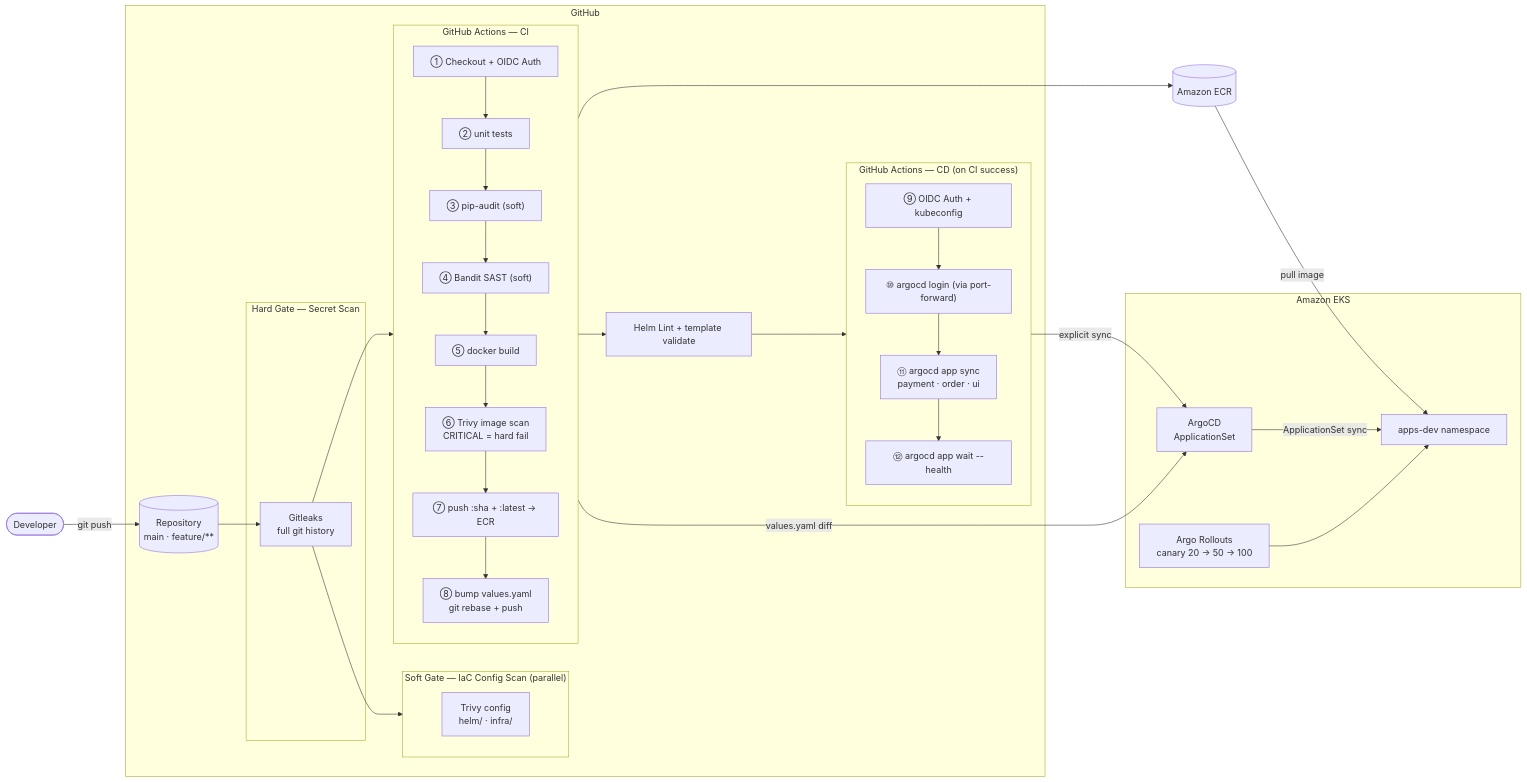
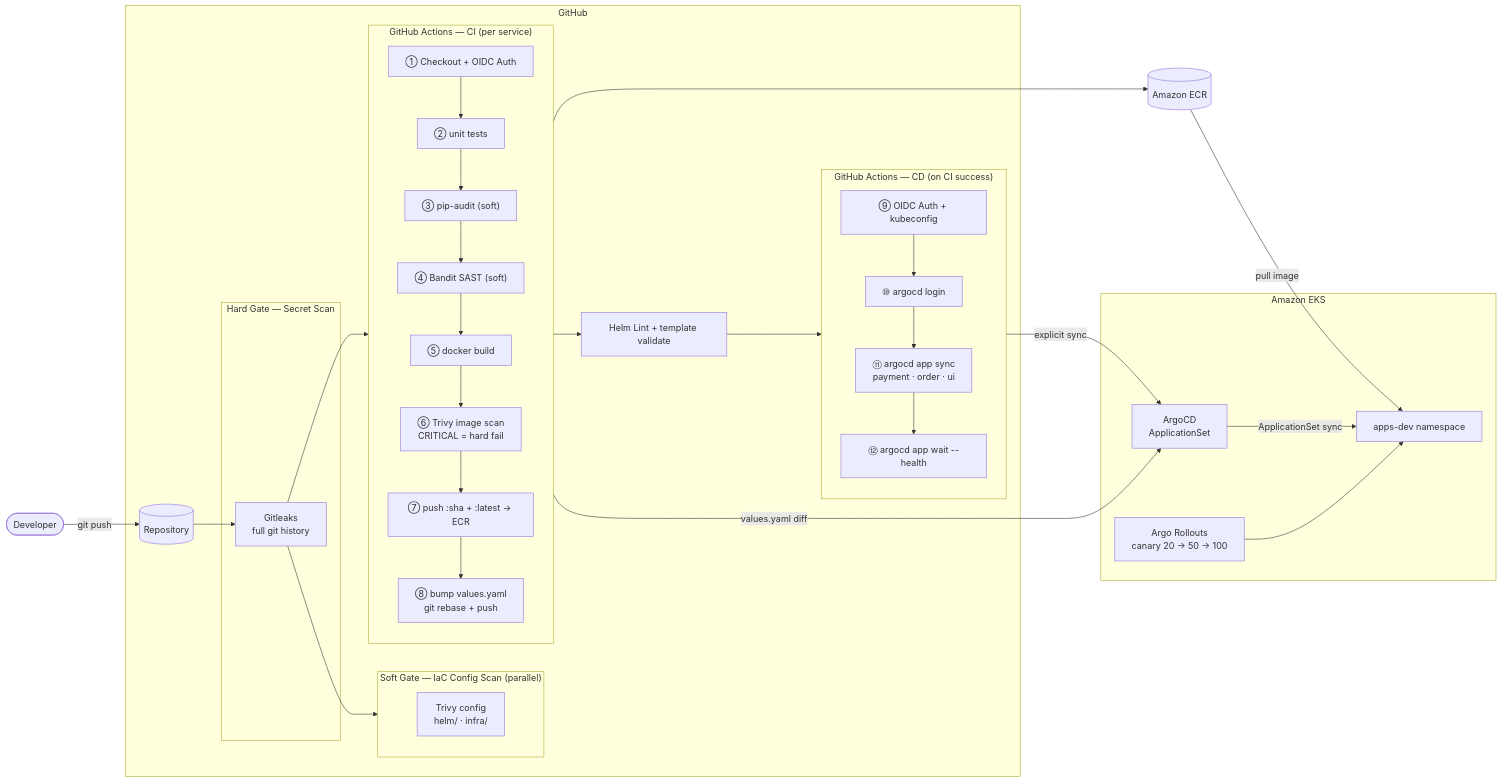
The first of 6 diagrams in docs/architecture.md (mrsrujan/IntelliOps), drawn with Mermaid before and after one commit. The commit also changed other lines of this file and 2 other files, not shown here.

````diff
--- a/docs/architecture.md
+++ b/docs/architecture.md
@@ -7,61 +7,61 @@
 ```mermaid
 flowchart LR
     DEV(["Developer"])
 
     subgraph GH ["GitHub"]
-        REPO[(Repository\nmain · feature/**)]
+        REPO[(Repository)]
 
         subgraph SECRET ["Hard Gate — Secret Scan"]
             GITLEAKS["Gitleaks\nfull git history"]
         end
 
         subgraph IAC ["Soft Gate — IaC Config Scan  (parallel)"]
             TRIVY_IAC["Trivy config\nhelm/ · infra/"]
         end
 
-        subgraph CI ["GitHub Actions — CI"]
+        subgraph CI ["GitHub Actions — CI  (per service)"]
             direction TB
             CI1["① Checkout + OIDC Auth"]
             CI2["② unit tests"]
             CI3["③ pip-audit  (soft)"]
             CI4["④ Bandit SAST  (soft)"]
             CI5["⑤ docker build"]
             CI6["⑥ Trivy image scan\nCRITICAL = hard fail"]
             CI7["⑦ push :sha + :latest → ECR"]
             CI8["⑧ bump values.yaml\ngit rebase + push"]
             CI1 --> CI2 --> CI3 --> CI4 --> CI5 --> CI6 --> CI7 --> CI8
         end
 
         HELM_LINT["Helm Lint + template validate"]
 
         subgraph CD ["GitHub Actions — CD  (on CI success)"]
             direction TB
             CD1["⑨ OIDC Auth + kubeconfig"]
-            CD2["⑩ argocd login (via port-forward)"]
+            CD2["⑩ argocd login"]
             CD3["⑪ argocd app sync\npayment · order · ui"]
             CD4["⑫ argocd app wait --health"]
             CD1 --> CD2 --> CD3 --> CD4
         end
     end
 
     ECR[("Amazon ECR")]
 
     subgraph EKS_BOX ["Amazon EKS"]
         ARGO["ArgoCD\nApplicationSet"]
         ROLLOUTS["Argo Rollouts\ncanary 20 → 50 → 100"]
         APPS["apps-dev namespace"]
     end
 
     DEV -->|git push| REPO
     REPO --> GITLEAKS
     GITLEAKS --> IAC
     GITLEAKS --> CI
     CI --> HELM_LINT
     HELM_LINT --> CD
     CI7 --> ECR
     CI8 -->|values.yaml diff| ARGO
     CD3 -->|explicit sync| ARGO
     ECR -->|pull image| APPS
     ARGO -->|ApplicationSet sync| APPS
     ROLLOUTS --> APPS
 ```
````
